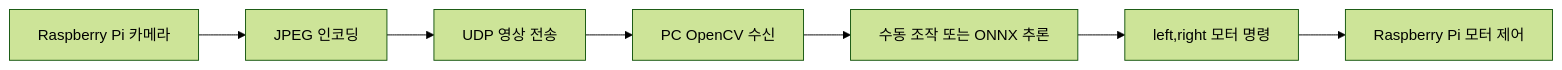
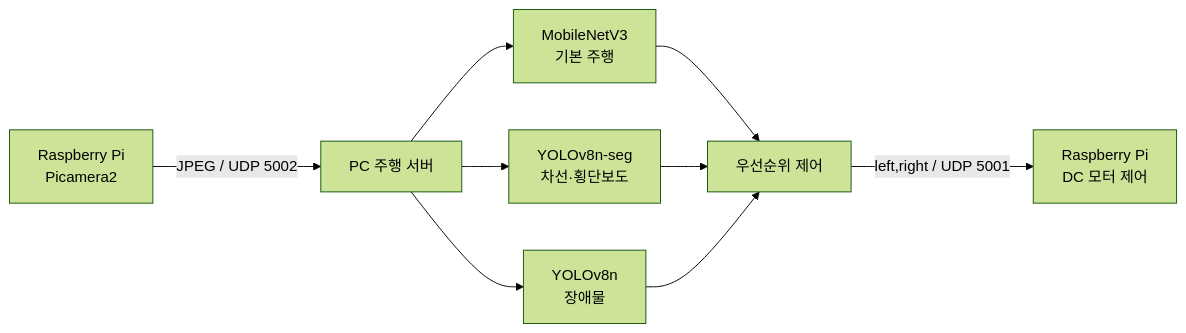
The diagram in README.md (wndtk123456-beep/single-camera-rc-car), drawn with Mermaid (forest theme) before and after one commit. The commit also changed other lines of this file and 17 other files, not shown here.

````diff
--- a/README.md
+++ b/README.md
@@ -93,9 +24,11 @@
 ```mermaid
 flowchart LR
-    A["Raspberry Pi 카메라"] --> B["JPEG 인코딩"]
-    B --> C["UDP 영상 전송"]
-    C --> D["PC OpenCV 수신"]
-    D --> E["수동 조작 또는 ONNX 추론"]
-    E --> F["left,right 모터 명령"]
-    F --> G["Raspberry Pi 모터 제어"]
+    A["Raspberry Pi<br/>Picamera2"] -->|"JPEG / UDP 5002"| B["PC 주행 서버"]
+    B --> C["MobileNetV3<br/>기본 주행"]
+    B --> D["YOLOv8n-seg<br/>차선·횡단보도"]
+    B --> E["YOLOv8n<br/>장애물"]
+    C --> F["우선순위 제어"]
+    D --> F
+    E --> F
+    F -->|"left,right / UDP 5001"| G["Raspberry Pi<br/>DC 모터 제어"]
 ```
````
